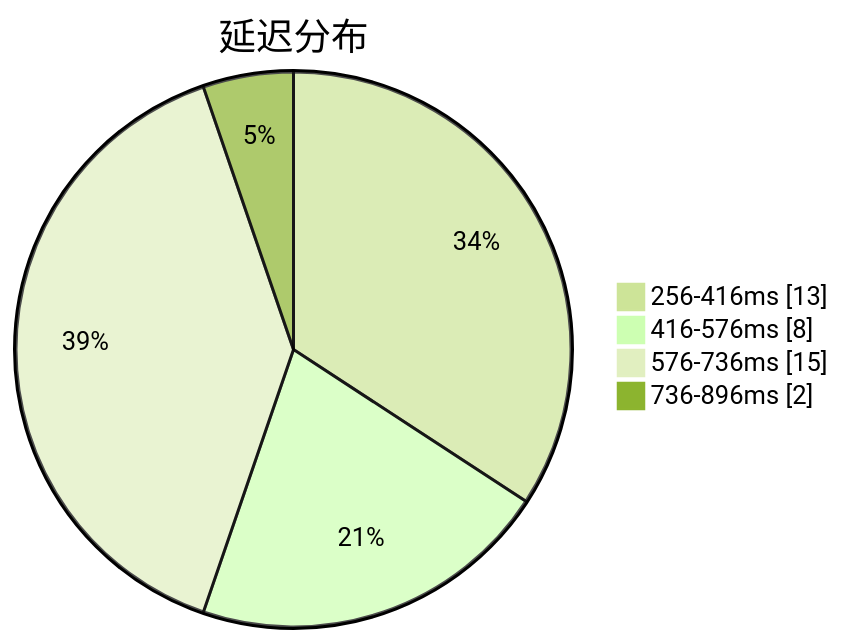
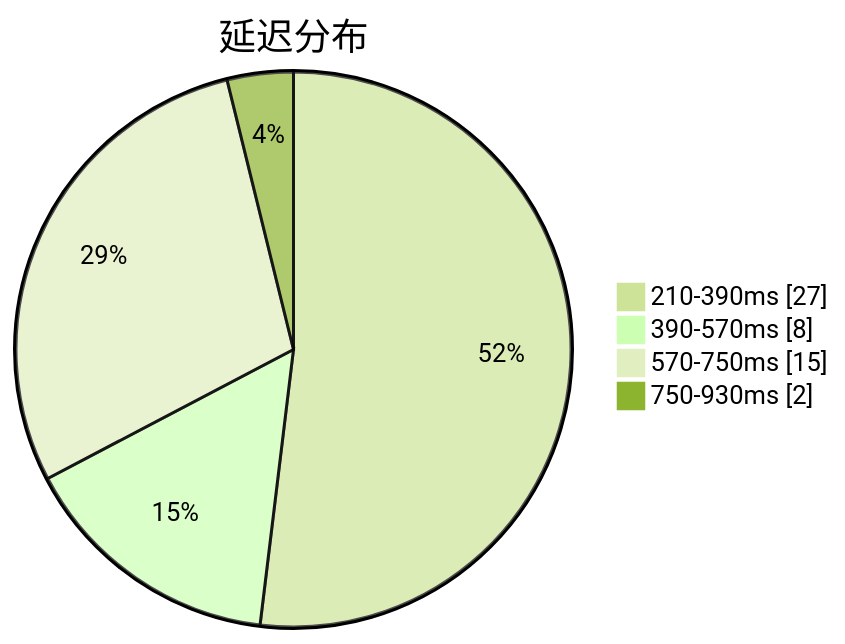
The first of 3 diagrams in subs/statistics/tested_within.md (qjlxg/airport), drawn with Mermaid (forest theme) before and after one commit. The commit also changed other lines of this file and 2 other files, not shown here.

````diff
--- a/subs/statistics/tested_within.md
+++ b/subs/statistics/tested_within.md
@@ -2,8 +2,8 @@
 ```mermaid
 pie showData
 title 延迟分布
-"256-416ms" : 13
-"416-576ms" : 8
-"576-736ms" : 15
-"736-896ms" : 2
+"210-390ms" : 27
+"390-570ms" : 8
+"570-750ms" : 15
+"750-930ms" : 2
 ```
````
